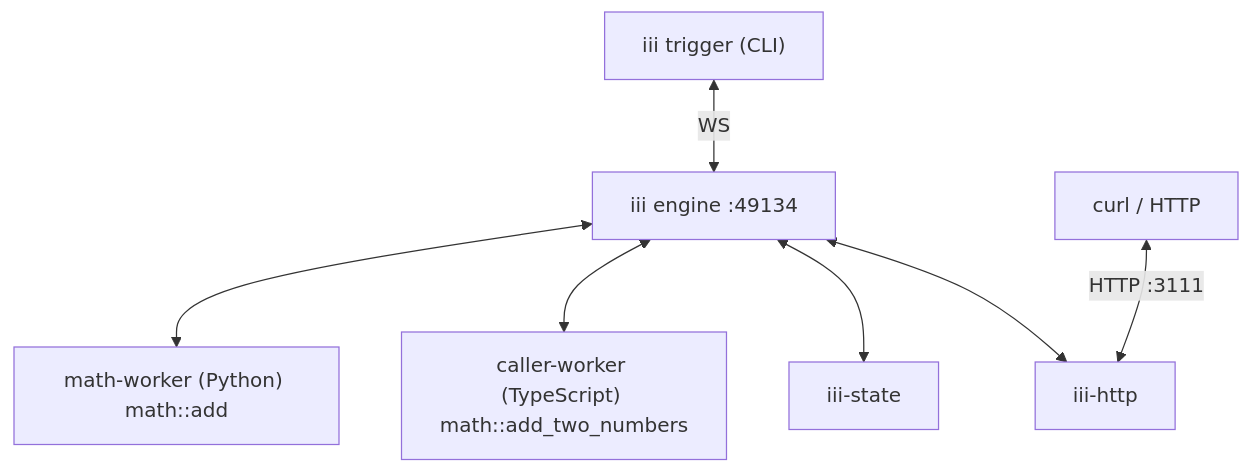
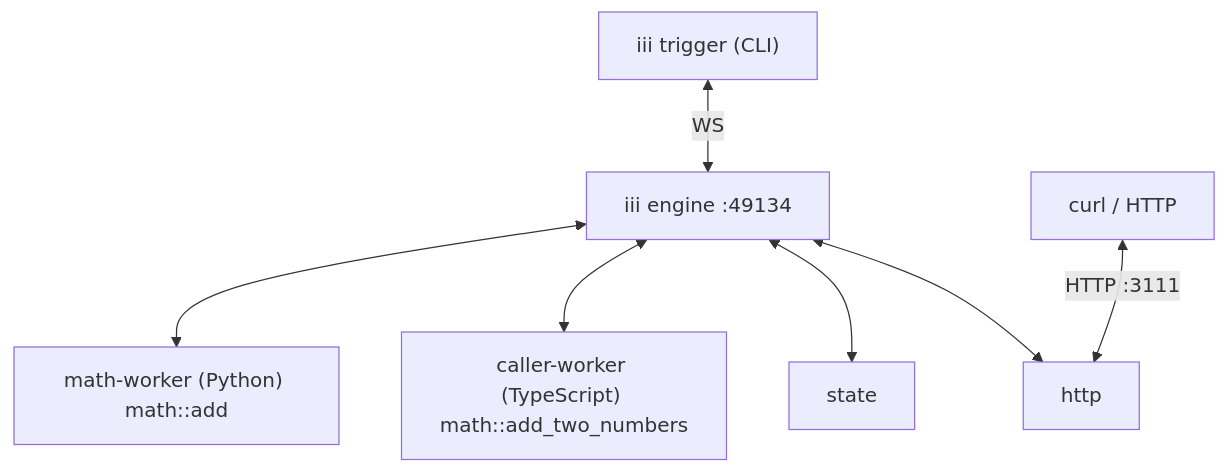
Before and after one commit to iii-hq/iii: the diagram in docs/next/understanding-iii/index.mdx, drawn with Mermaid. The commit also changed other lines of this file and 31 other files, not shown here.

````diff
--- a/docs/next/understanding-iii/index.mdx
+++ b/docs/next/understanding-iii/index.mdx
@@ -62,10 +62,10 @@
 ```mermaid
 graph TD
   CLI["iii trigger (CLI)"] <-->|WS| Engine["iii engine :49134"]
   HTTP["curl / HTTP"] <-->|HTTP :3111| HttpWorker
 
   Engine <--> Math["math-worker (Python) math::add"]
   Engine <--> Caller["caller-worker (TypeScript) math::add_two_numbers"]
-  Engine <--> State["iii-state"]
-  Engine <--> HttpWorker["iii-http"]
+  Engine <--> State["state"]
+  Engine <--> HttpWorker["http"]
 ```
````
